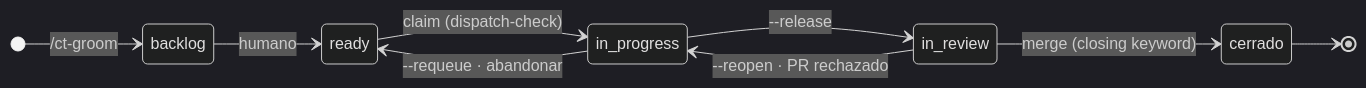
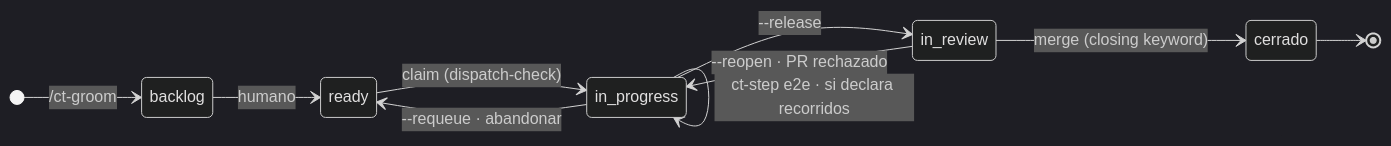
Before and after one commit to josemerca/control-tower-plugin: the second of 2 diagrams in README.md, drawn with Mermaid (dark theme). The commit also changed other lines of this file and 16 other files, not shown here.

````diff
--- a/README.md
+++ b/README.md
@@ -164,12 +180,13 @@
 ```mermaid
 stateDiagram-v2
     direction LR
     [*] --> backlog: /ct-groom
     backlog --> ready: humano
     ready --> in_progress: claim (dispatch-check)
+    in_progress --> in_progress: ct-step e2e · si declara recorridos
     in_progress --> in_review: --release
     in_review --> cerrado: merge (closing keyword)
     in_review --> in_progress: --reopen · PR rechazado
     in_progress --> ready: --requeue · abandonar
     cerrado --> [*]
 ```
````
